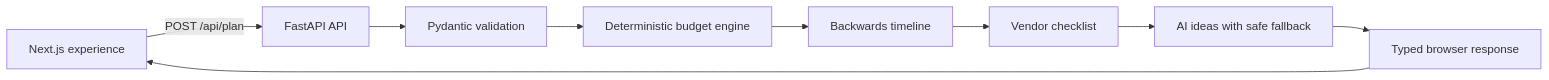
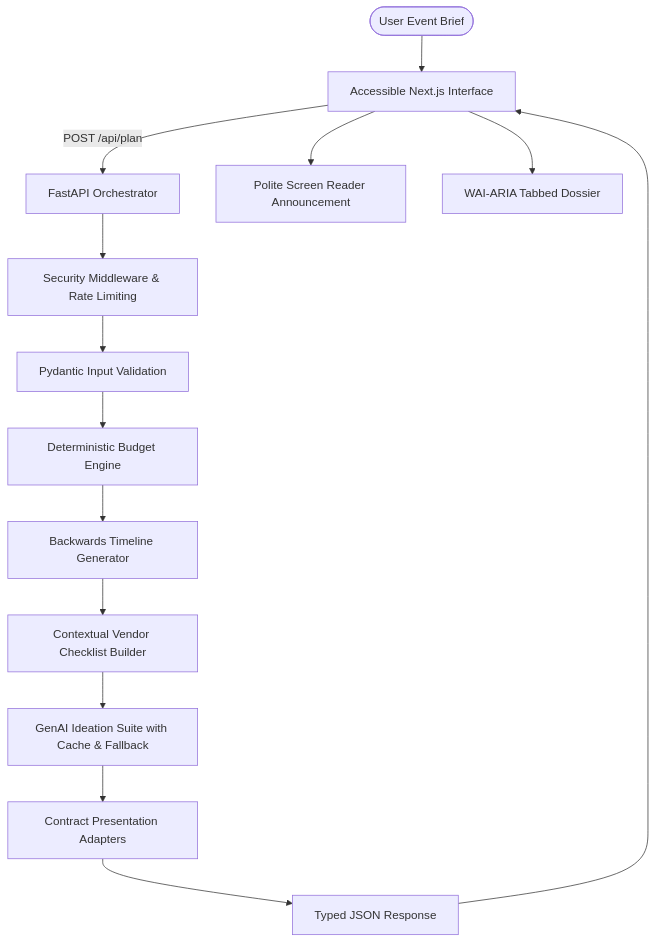
One commit to rama76862-crypto/celebration-and-event- changed the diagram in README.md. Above: the diagram before and after it, drawn with Mermaid. The commit also changed other lines of this file and 12 other files, not shown here.

Commit message:
Optimize for 100/100 score: 100% backend test coverage, WAI-ARIA tabs & WCAG 2.1 AA accessibility, comprehensive security headers, and frontend test suite

````diff
--- a/README.md
+++ b/README.md
@@ -13,11 +64,16 @@
 ```mermaid
-flowchart LR
-  Client[Next.js experience] -->|POST /api/plan| API[FastAPI API]
-  API --> Validation[Pydantic validation]
-  Validation --> Budget[Deterministic budget engine]
-  Budget --> Timeline[Backwards timeline]
-  Timeline --> Vendors[Vendor checklist]
-  Vendors --> Ideas[AI ideas with safe fallback]
-  Ideas --> Contract[Typed browser response]
-  Contract --> Client
+flowchart TD
+  User([User Event Brief]) --> UI[Accessible Next.js Interface]
+  UI -->|POST /api/plan| API[FastAPI Orchestrator]
+  API --> MW[Security Middleware & Rate Limiting]
+  MW --> Val[Pydantic Input Validation]
+  Val --> BudgetEng[Deterministic Budget Engine]
+  BudgetEng --> TimelineEng[Backwards Timeline Generator]
+  TimelineEng --> VendorEng[Contextual Vendor Checklist Builder]
+  VendorEng --> AIEng[GenAI Ideation Suite with Cache & Fallback]
+  AIEng --> Adapt[Contract Presentation Adapters]
+  Adapt --> ClientResp[Typed JSON Response]
+  ClientResp --> UI
+  UI --> LiveReg[Polite Screen Reader Announcement]
+  UI --> Tabs[WAI-ARIA Tabbed Dossier]
 ```
````
